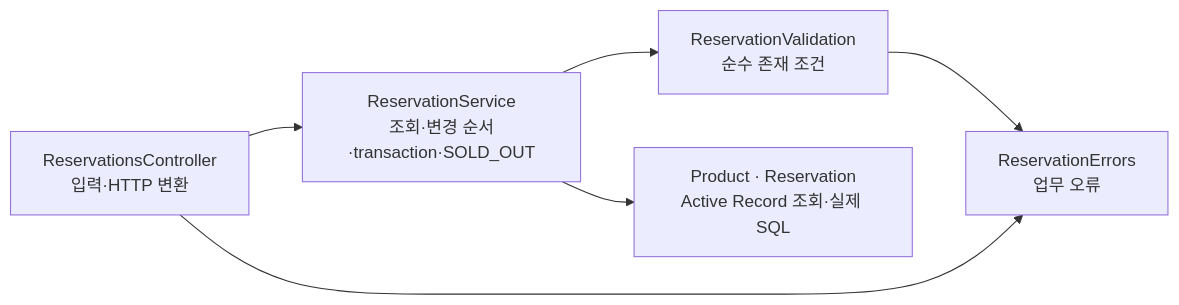
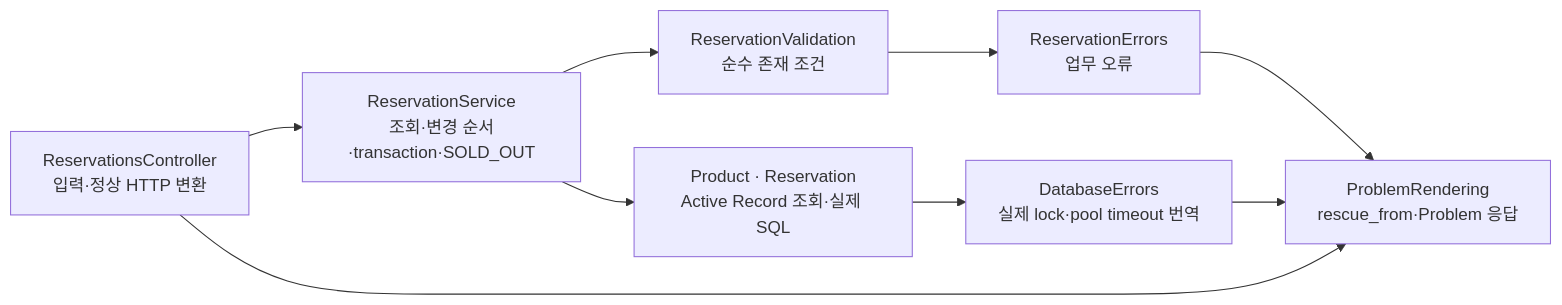
One commit to Dae-Jeong/BackendTemplate changed the diagram in design/implementations/rails-structure.md. Above: the diagram before and after it, drawn with Mermaid. The commit also changed other lines of this file and 17 other files, not shown here.

````diff
--- a/design/implementations/rails-structure.md
+++ b/design/implementations/rails-structure.md
@@ -48,8 +51,11 @@
 ```mermaid
 flowchart LR
-    C["ReservationsController<br/>입력·HTTP 변환"] --> S["ReservationService<br/>조회·변경 순서·transaction·SOLD_OUT"]
+    C["ReservationsController<br/>입력·정상 HTTP 변환"] --> S["ReservationService<br/>조회·변경 순서·transaction·SOLD_OUT"]
     S --> V["ReservationValidation<br/>순수 존재 조건"]
     S --> AR["Product · Reservation<br/>Active Record 조회·실제 SQL"]
     V --> E["ReservationErrors<br/>업무 오류"]
-    C --> E
+    AR --> D["DatabaseErrors<br/>실제 lock·pool timeout 번역"]
+    E --> P["ProblemRendering<br/>rescue_from·Problem 응답"]
+    D --> P
+    C --> P
 ```
````
